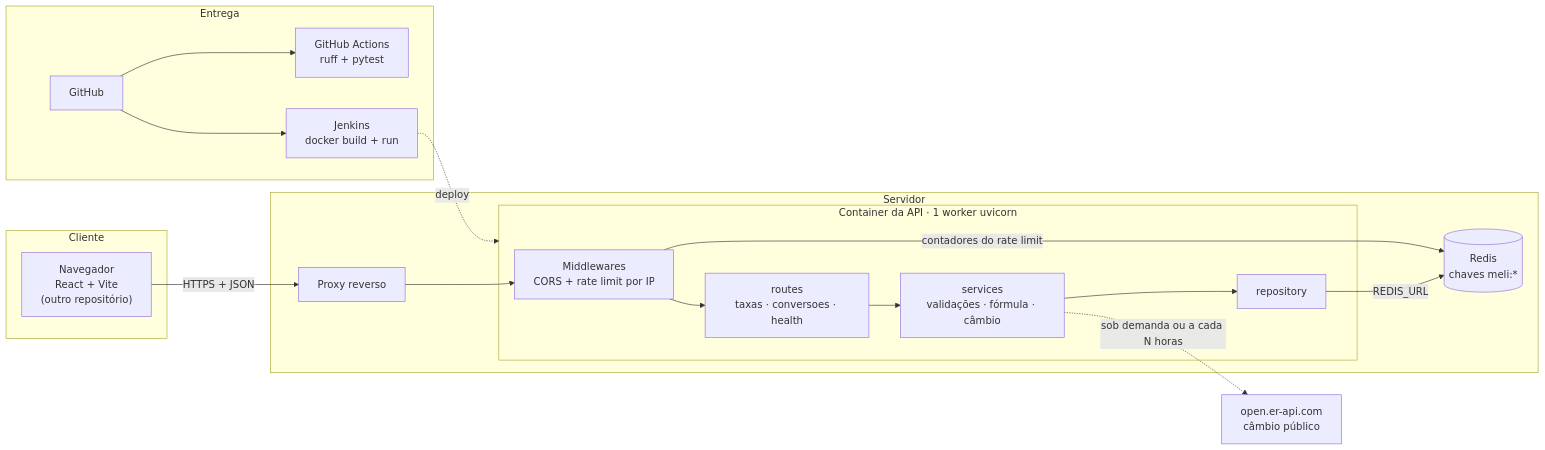
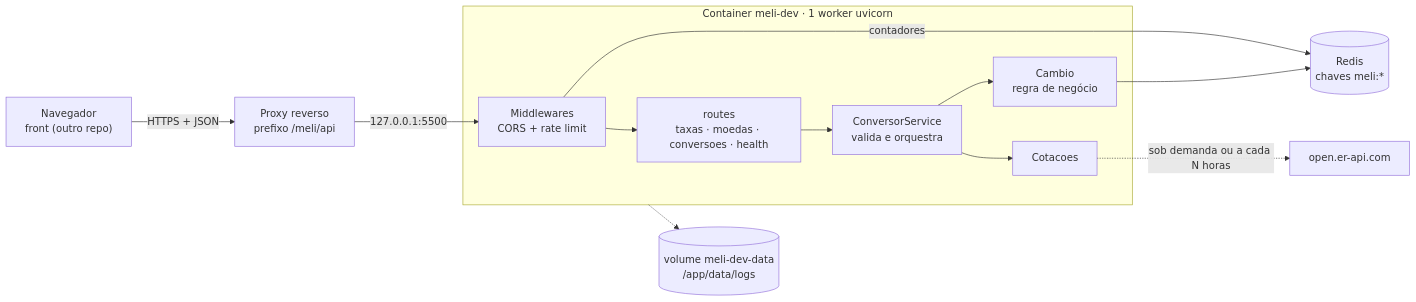
One commit to marheusmatos/meli-conversor-moeda changed the first of 4 diagrams in docs/system-design.md. Above: the diagram before and after it, drawn with Mermaid. The commit also changed other lines of this file and 38 other files, not shown here.

Commit message:
Add tests for Cambio functionality, update docker-compose for environment variables, and enhance API documentation

````diff
--- a/docs/system-design.md
+++ b/docs/system-design.md
@@ -105,34 +7,22 @@
 ```mermaid
 flowchart LR
-    subgraph cliente["Cliente"]
-        B["Navegador<br/>React + Vite<br/>(outro repositório)"]
+    B["Navegador<br/>front (outro repo)"]
+    P["Proxy reverso<br/>prefixo /meli/api"]
+    subgraph api["Container meli-dev · 1 worker uvicorn"]
+        M["Middlewares<br/>CORS + rate limit"]
+        R["routes<br/>taxas · moedas · conversoes · health"]
+        S["ConversorService<br/>valida e orquestra"]
+        C["Cambio<br/>regra de negócio"]
+        Q["Cotacoes"]
+        M --> R --> S --> C
+        S --> Q
     end
-
-    subgraph infra["Servidor"]
-        P["Proxy reverso"]
-        subgraph api["Container da API · 1 worker uvicorn"]
-            M["Middlewares<br/>CORS + rate limit por IP"]
-            R["routes<br/>taxas · conversoes · health"]
-            S["services<br/>validações · fórmula · câmbio"]
-            D["repository"]
-            M --> R --> S --> D
-        end
-        RD[("Redis<br/>chaves meli:*")]
-    end
-
-    EXT["open.er-api.com<br/>câmbio público"]
-
-    subgraph entrega["Entrega"]
-        GH["GitHub"]
-        GA["GitHub Actions<br/>ruff + pytest"]
-        JK["Jenkins<br/>docker build + run"]
-        GH --> GA
-        GH --> JK
-    end
-
-    B -->|"HTTPS + JSON"| P --> M
-    D -->|"REDIS_URL"| RD
-    M -->|"contadores do rate limit"| RD
-    S -.->|"sob demanda ou a cada N horas"| EXT
-    JK -.->|"deploy"| api
+    RD[("Redis<br/>chaves meli:*")]
+    V[("volume meli-dev-data<br/>/app/data/logs")]
+    EXT["open.er-api.com"]
+    B -->|"HTTPS + JSON"| P -->|"127.0.0.1:5500"| M
+    C --> RD
+    M -->|"contadores"| RD
+    Q -.->|"sob demanda ou a cada N horas"| EXT
+    api -.-> V
 ```
````
